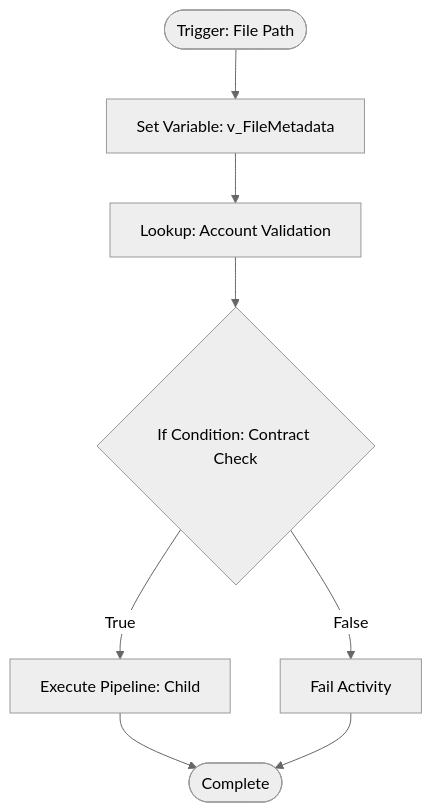
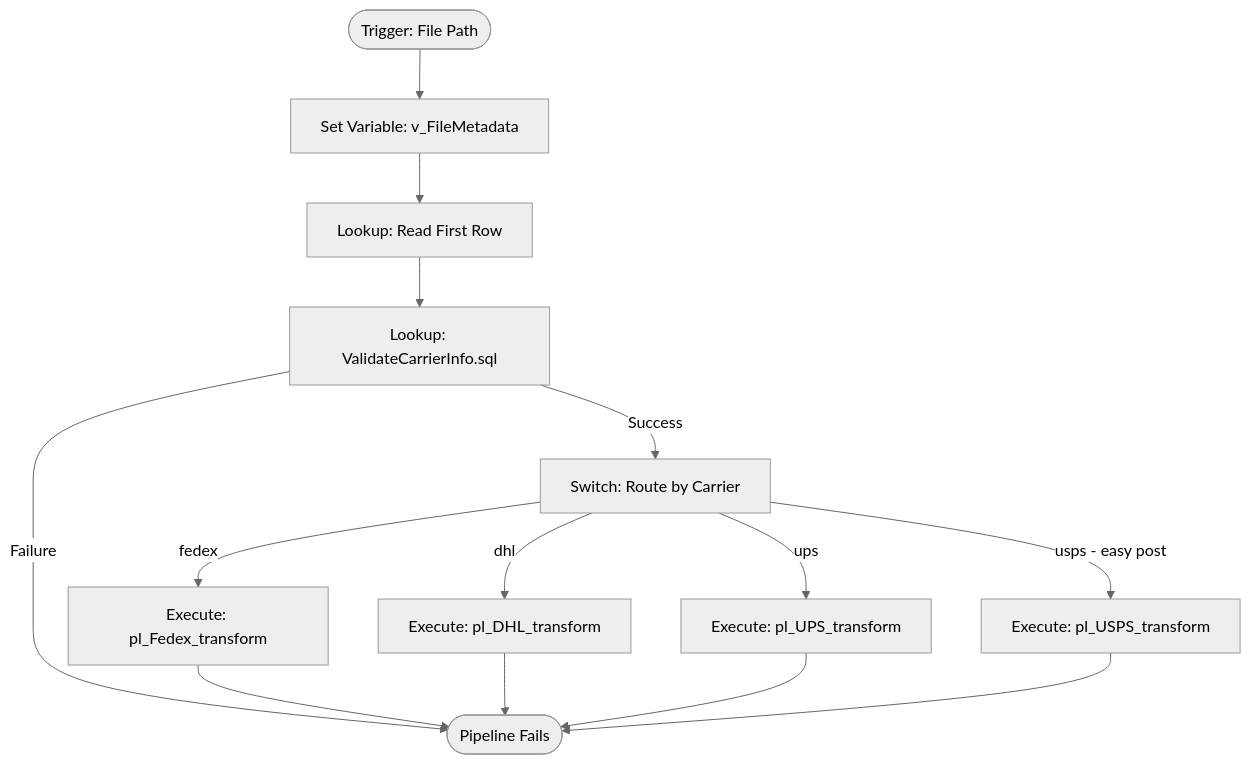
Before and after one commit to Rajatbox/ADF_bill_ingestion: the first of 3 diagrams in architecture.md, drawn with Mermaid (neutral theme). The commit also changed other lines of this file and 7 other files, not shown here.

Commit message:
Added account number to carrier_bill

````diff
--- a/architecture.md
+++ b/architecture.md
@@ -35,10 +48,16 @@
 ```mermaid
 flowchart TD
     Start([Trigger: File Path]) --> SetVar[Set Variable: v_FileMetadata]
-    SetVar --> Lookup[Lookup: Account Validation]
-    Lookup --> IfCond{If Condition: Contract Check}
-    IfCond -->|False| Fail[Fail Activity]
-    IfCond -->|True| ExecutePipeline[Execute Pipeline: Child]
-    ExecutePipeline --> End([Complete])
-    Fail --> End
+    SetVar --> LookupFile[Lookup: Read First Row]
+    LookupFile --> ValidateCarrier[Lookup: ValidateCarrierInfo.sql]
+    ValidateCarrier -->|Success| Switch[Switch: Route by Carrier]
+    ValidateCarrier -->|Failure| End([Pipeline Fails])
+    Switch -->|fedex| FedexPipeline[Execute: pl_Fedex_transform]
+    Switch -->|dhl| DhlPipeline[Execute: pl_DHL_transform]
+    Switch -->|ups| UpsPipeline[Execute: pl_UPS_transform]
+    Switch -->|usps - easy post| UspsPipeline[Execute: pl_USPS_transform]
+    FedexPipeline --> End
+    DhlPipeline --> End
+    UpsPipeline --> End
+    UspsPipeline --> End
 ```
````
